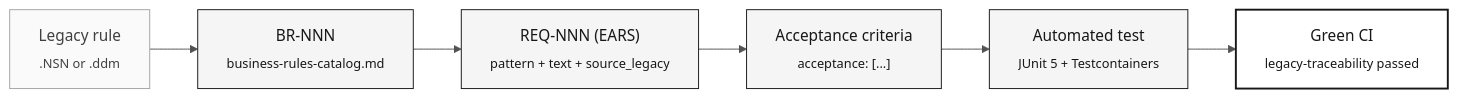
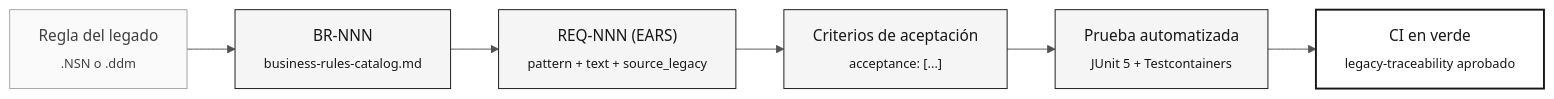
Before and after one commit to paulasilvatech/datacorp-sifap-team-kit-pt-br: the diagram in 07-concepts/05-ears-notation.md, drawn with Mermaid. The commit also changed other lines of this file and 386 other files, not shown here.

````diff
--- a/07-concepts/05-ears-notation.md
+++ b/07-concepts/05-ears-notation.md
@@ -220,16 +220,16 @@
 ```mermaid
 %%{init: {'theme':'neutral','themeVariables':{'fontFamily':'ui-sans-serif, system-ui, sans-serif','primaryColor':'#F5F5F5','primaryTextColor':'#171717','primaryBorderColor':'#171717','lineColor':'#525252','secondaryColor':'#FFFFFF','tertiaryColor':'#FAFAFA','background':'#FFFFFF'}}}%%
 flowchart LR
     classDef step fill:#F5F5F5,stroke:#171717,color:#171717
     classDef gate fill:#FFFFFF,stroke:#171717,color:#171717,stroke-width:2px
     classDef muted fill:#FAFAFA,stroke:#A3A3A3,color:#404040
 
-    A["Legacy rule<br/><sub>.NSN or .ddm</sub>"]:::muted
+    A["Regla del legado<br/><sub>.NSN o .ddm</sub>"]:::muted
     B["BR-NNN<br/><sub>business-rules-catalog.md</sub>"]:::step
     C["REQ-NNN (EARS)<br/><sub>pattern + text + source_legacy</sub>"]:::step
-    D["Acceptance criteria<br/><sub>acceptance: [...]</sub>"]:::step
-    E["Automated test<br/><sub>JUnit 5 + Testcontainers</sub>"]:::step
-    F["Green CI<br/><sub>legacy-traceability passed</sub>"]:::gate
+    D["Criterios de aceptación<br/><sub>acceptance: [...]</sub>"]:::step
+    E["Prueba automatizada<br/><sub>JUnit 5 + Testcontainers</sub>"]:::step
+    F["CI en verde<br/><sub>legacy-traceability aprobado</sub>"]:::gate
 
     A --> B --> C --> D --> E --> F
 ```
````
